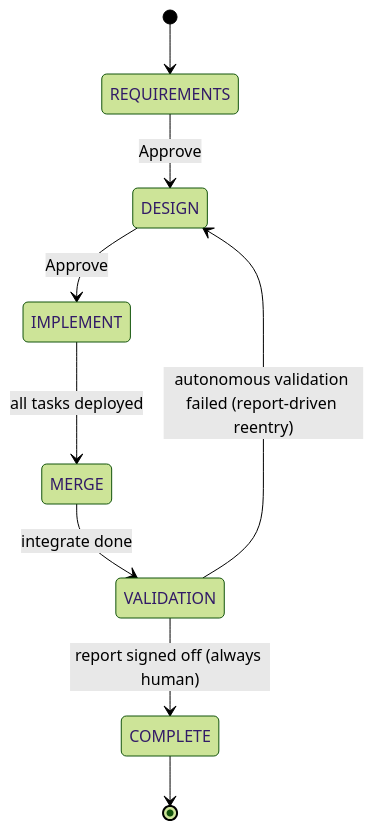
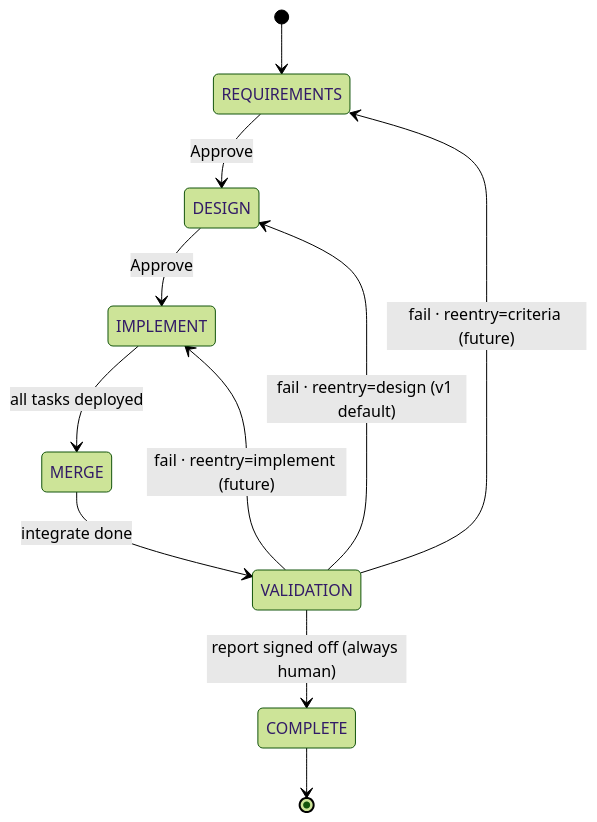
The first of 2 diagrams in docs/design/validation/00-overview.md (KCSAbeywickrama/labs-agentic-engineer), drawn with Mermaid (forest theme) before and after one commit. The commit also changed other lines of this file, not shown here.

Commit message:
fix(validation): update validation phase reentry logic for clarity and future-proofing

````diff
--- a/docs/design/validation/00-overview.md
+++ b/docs/design/validation/00-overview.md
@@ -93,11 +93,13 @@
 ```mermaid
 stateDiagram-v2
   [*] --> REQUIREMENTS
   REQUIREMENTS --> DESIGN: Approve
   DESIGN --> IMPLEMENT: Approve
   IMPLEMENT --> MERGE: all tasks deployed
   MERGE --> VALIDATION: integrate done
-  VALIDATION --> DESIGN: autonomous validation failed (report-driven reentry)
+  VALIDATION --> DESIGN: fail · reentry=design (v1 default)
+  VALIDATION --> IMPLEMENT: fail · reentry=implement (future)
+  VALIDATION --> REQUIREMENTS: fail · reentry=criteria (future)
   VALIDATION --> COMPLETE: report signed off (always human)
   COMPLETE --> [*]
 ```
````
